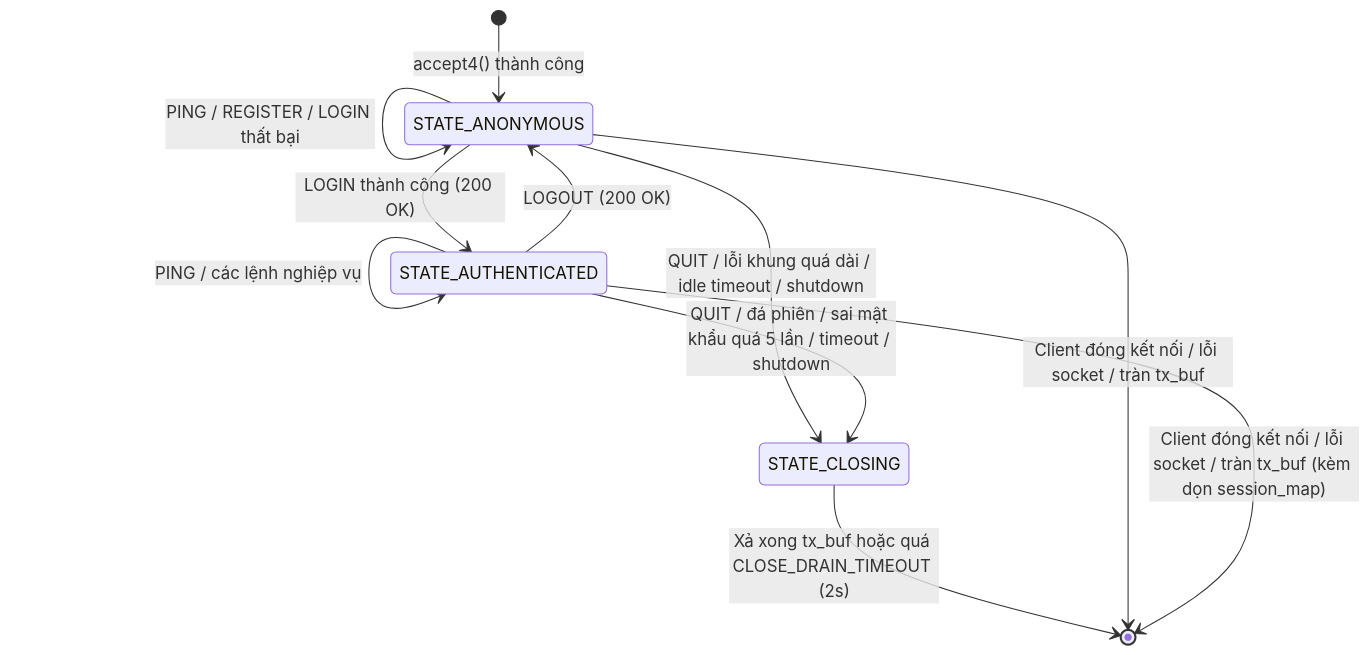
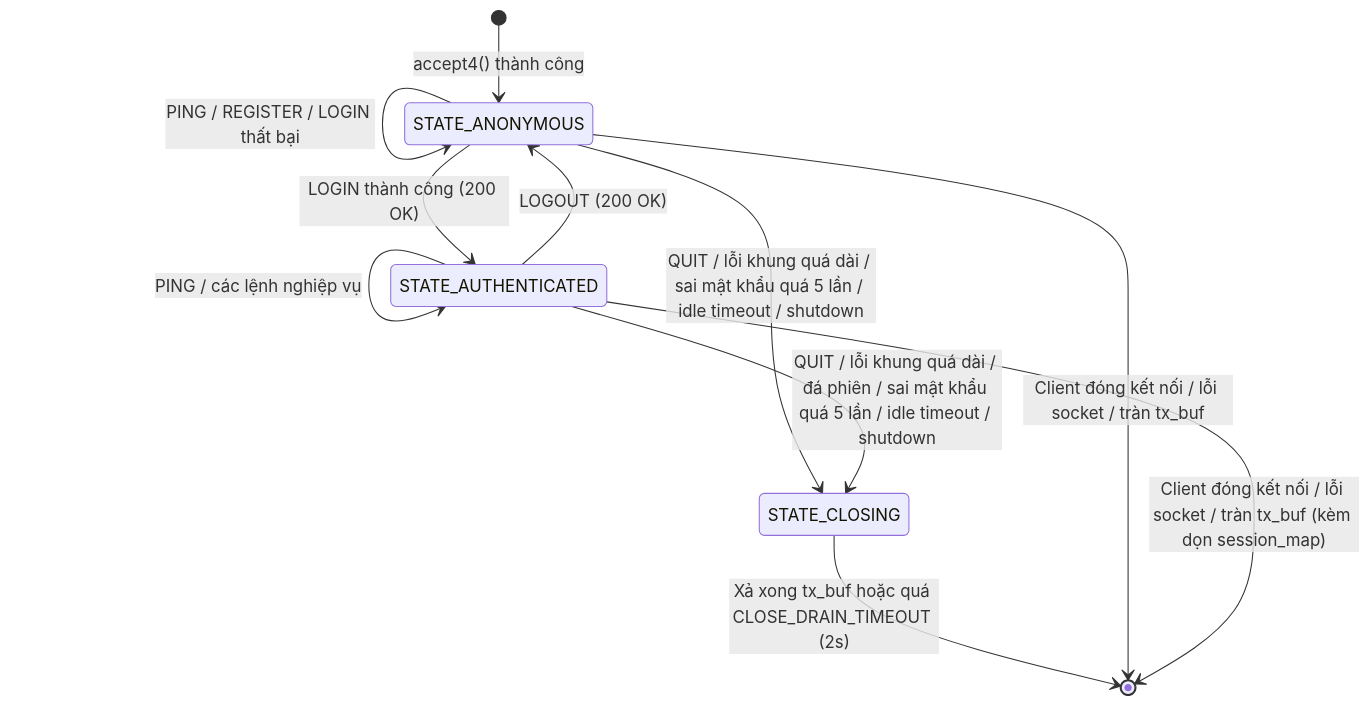
The first of 3 diagrams in docs/PROTOCOL_SPEC.md (SonNX24042005/eventora), drawn with Mermaid before and after one commit. The commit also changed other lines of this file and 2 other files, not shown here.

Commit message:
Duyệt chéo và chốt đặc tả giao thức phiên bản 1.0.1

````diff
--- a/docs/PROTOCOL_SPEC.md
+++ b/docs/PROTOCOL_SPEC.md
@@ -149,13 +157,13 @@
 ```mermaid
 stateDiagram-v2
     [*] --> STATE_ANONYMOUS: accept4() thành công
     STATE_ANONYMOUS --> STATE_ANONYMOUS: PING / REGISTER / LOGIN thất bại
     STATE_ANONYMOUS --> STATE_AUTHENTICATED: LOGIN thành công (200 OK)
     STATE_AUTHENTICATED --> STATE_AUTHENTICATED: PING / các lệnh nghiệp vụ
     STATE_AUTHENTICATED --> STATE_ANONYMOUS: LOGOUT (200 OK)
-    STATE_ANONYMOUS --> STATE_CLOSING: QUIT / lỗi khung quá dài / idle timeout / shutdown
-    STATE_AUTHENTICATED --> STATE_CLOSING: QUIT / đá phiên / sai mật khẩu quá 5 lần / timeout / shutdown
+    STATE_ANONYMOUS --> STATE_CLOSING: QUIT / lỗi khung quá dài / sai mật khẩu quá 5 lần / idle timeout / shutdown
+    STATE_AUTHENTICATED --> STATE_CLOSING: QUIT / lỗi khung quá dài / đá phiên / sai mật khẩu quá 5 lần / idle timeout / shutdown
     STATE_CLOSING --> [*]: Xả xong tx_buf hoặc quá CLOSE_DRAIN_TIMEOUT (2s)
     STATE_ANONYMOUS --> [*]: Client đóng kết nối / lỗi socket / tràn tx_buf
     STATE_AUTHENTICATED --> [*]: Client đóng kết nối / lỗi socket / tràn tx_buf (kèm dọn session_map)
 ```
````
